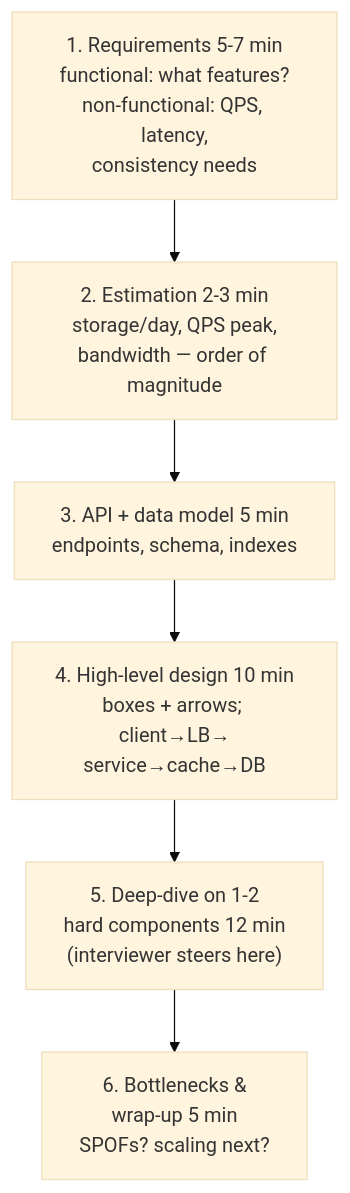
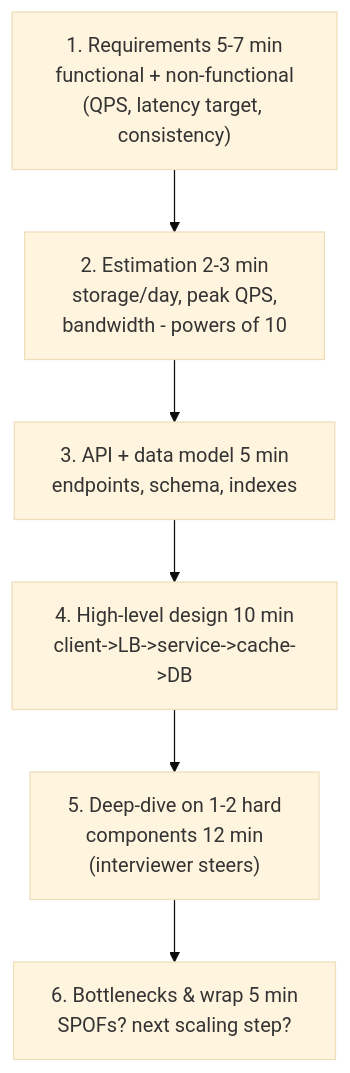
One commit to Anirudh-2810/Second-Brain changed the first of 2 diagrams in wiki/modules/systems-design/system-design-interview.md. Above: the diagram before and after it, drawn with Mermaid (base theme). The commit also changed other lines of this file and 6 other files, not shown here.

````diff
--- a/wiki/modules/systems-design/system-design-interview.md
+++ b/wiki/modules/systems-design/system-design-interview.md
@@ -26,8 +27,8 @@
 ```mermaid
 flowchart TD
-    A["1. Requirements 5-7 min<br/>functional: what features?<br/>non-functional: QPS, latency,<br/>consistency needs"] --> B["2. Estimation 2-3 min<br/>storage/day, QPS peak,<br/>bandwidth — order of magnitude"]
+    A["1. Requirements 5-7 min<br/>functional + non-functional<br/>(QPS, latency target, consistency)"] --> B["2. Estimation 2-3 min<br/>storage/day, peak QPS,<br/>bandwidth - powers of 10"]
     B --> C["3. API + data model 5 min<br/>endpoints, schema, indexes"]
-    C --> D["4. High-level design 10 min<br/>boxes + arrows; client→LB→<br/>service→cache→DB"]
-    D --> E["5. Deep-dive on 1-2<br/>hard components 12 min<br/>(interviewer steers here)"]
-    E --> F["6. Bottlenecks &<br/>wrap-up 5 min<br/>SPOFs? scaling next?"]
+    C --> D["4. High-level design 10 min<br/>client->LB->service->cache->DB"]
+    D --> E["5. Deep-dive on 1-2 hard<br/>components 12 min<br/>(interviewer steers)"]
+    E --> F["6. Bottlenecks & wrap 5 min<br/>SPOFs? next scaling step?"]
 ```
````
